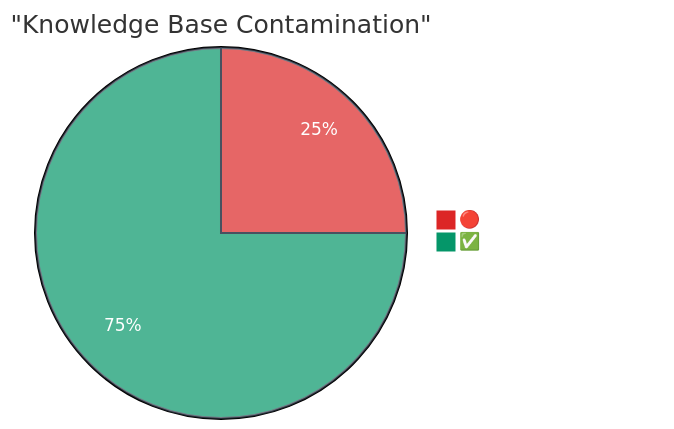
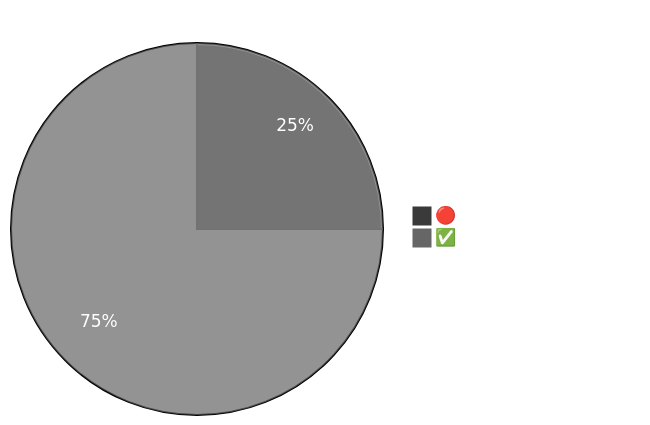
The fifth of 6 diagrams in README.md (mbhatt1/agentic_lpci_framework), drawn with Mermaid before and after one commit. The commit also changed other lines of this file, not shown here.

````diff
--- a/README.md
+++ b/README.md
@@ -343,20 +367,22 @@
 ```mermaid
 %%{init: {
   'theme': 'base',
   'themeVariables': {
-    'pie1': '#dc2626',
-    'pie2': '#059669', 
-    'pie3': '#dc2626',
-    'pie4': '#059669',
-    'pie5': '#dc2626',
-    'pieOuterLabelColor': '#fff',
-    'pieLegendTextColor': '#fff',
-    'pieSectionTextColor': '#fff',
-    'pieStrokeColor': '#374151',
-    'pieStrokeWidth': '2px'
+    'pie1': '#3a3a3a',
+    'pie2': '#666666',
+    'pie3': '#1a1a1a',
+    'pie4': '#999999',
+    'pie5': '#2a2a2a',
+    'pieOuterLabelColor': '#ffffff',
+    'pieLegendTextColor': '#ffffff',
+    'pieSectionTextColor': '#ffffff',
+    'pieStrokeColor': '#666666',
+    'pieStrokeWidth': '2px',
+    'pieTitleTextSize': '20px',
+    'pieTitleTextColor': '#ffffff'
   }
 }}%%
 pie title "Knowledge Base Contamination"
     "🔴 Poisoned Documents" : 25
     "✅ Clean Documents" : 75
 ```
````
